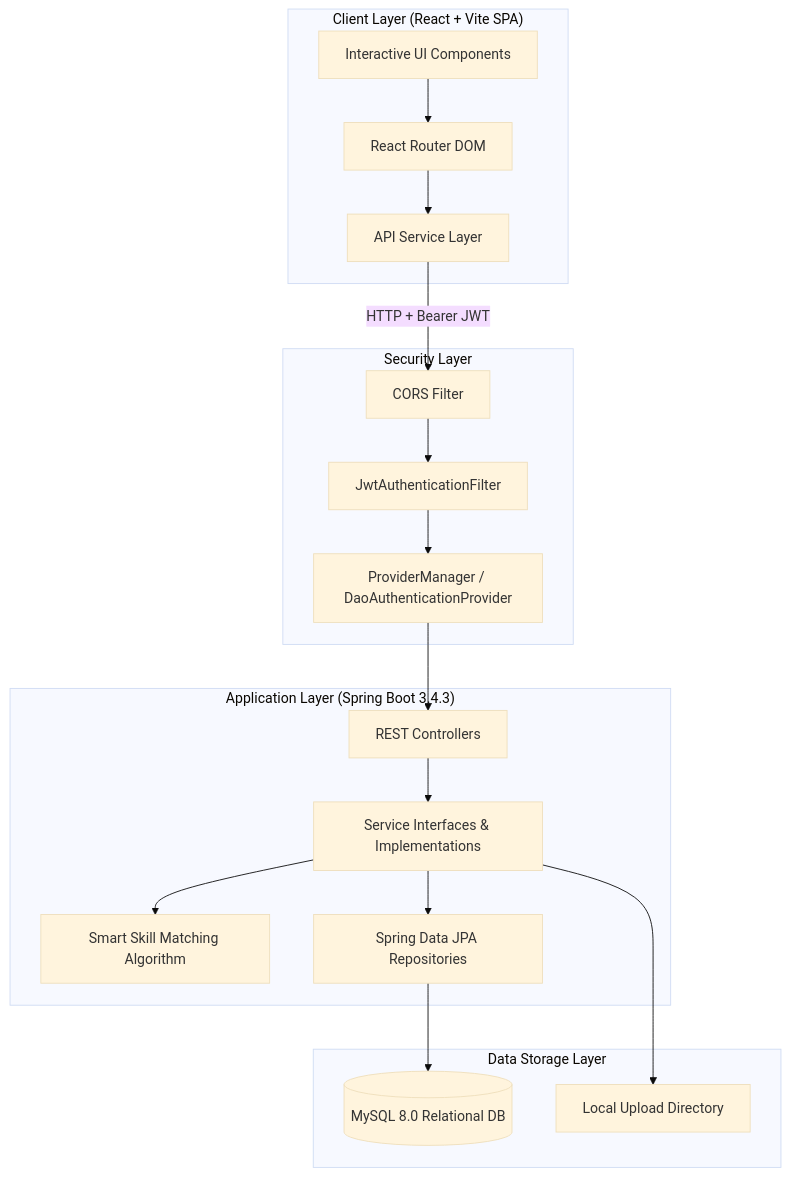
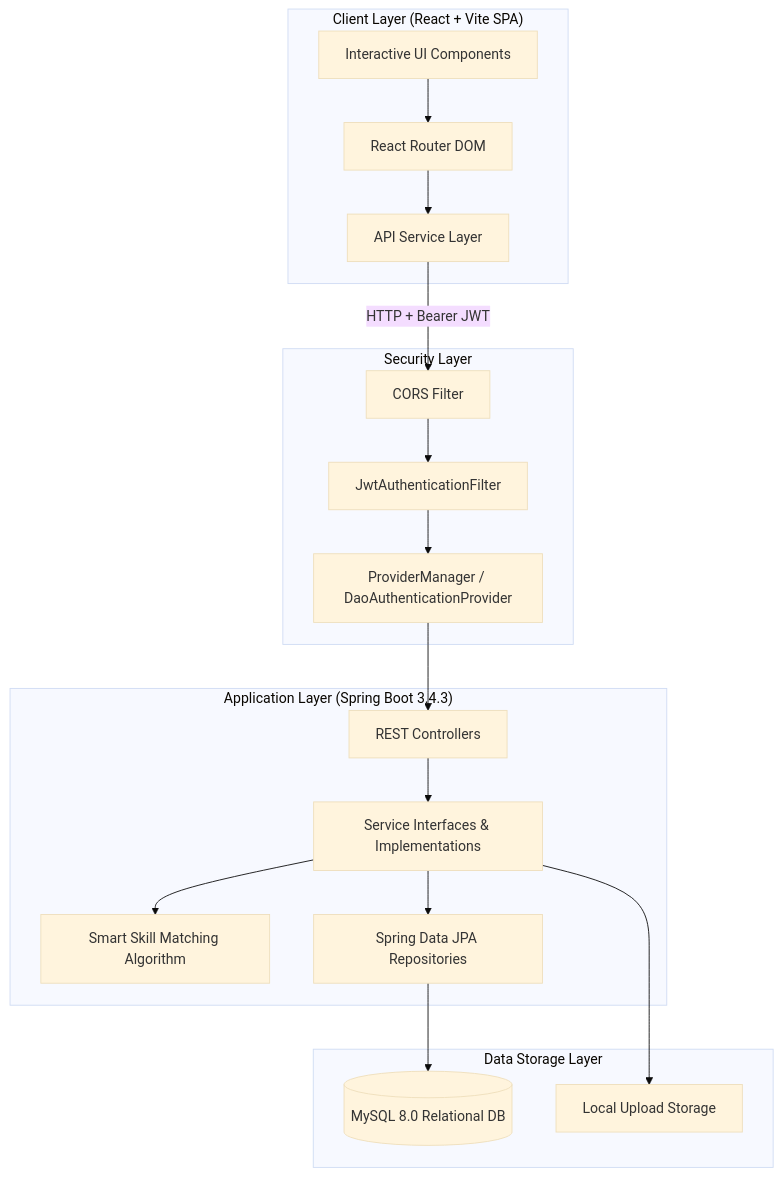
One commit to rachelnnixon2507-max/student_project_collaboration_platform changed the first of 2 diagrams in README.md. Above: the diagram before and after it, drawn with Mermaid (base theme). The commit also changed other lines of this file, not shown here.

````diff
--- a/README.md
+++ b/README.md
@@ -118,36 +122,36 @@
 ```mermaid
 graph TD
     subgraph Client ["Client Layer (React + Vite SPA)"]
         UI[Interactive UI Components]
         Router[React Router DOM]
         Services[API Service Layer]
         UI --> Router --> Services
     end
 
     subgraph Security ["Security Layer"]
         CORS[CORS Filter]
         JWT[JwtAuthenticationFilter]
         AuthMgr[ProviderManager / DaoAuthenticationProvider]
         Services -->|HTTP + Bearer JWT| CORS
         CORS --> JWT --> AuthMgr
     end
 
     subgraph Backend ["Application Layer (Spring Boot 3.4.3)"]
         Controllers[REST Controllers]
         ServiceLayer[Service Interfaces & Implementations]
         MatchEngine[Smart Skill Matching Algorithm]
         Repos[Spring Data JPA Repositories]
         
         AuthMgr --> Controllers
         Controllers --> ServiceLayer
         ServiceLayer --> MatchEngine
         ServiceLayer --> Repos
     end
 
     subgraph Data ["Data Storage Layer"]
         MySQL[(MySQL 8.0 Relational DB)]
-        Uploads[Local Upload Directory]
+        Uploads[Local Upload Storage]
         Repos --> MySQL
         ServiceLayer --> Uploads
     end
 ```
````
